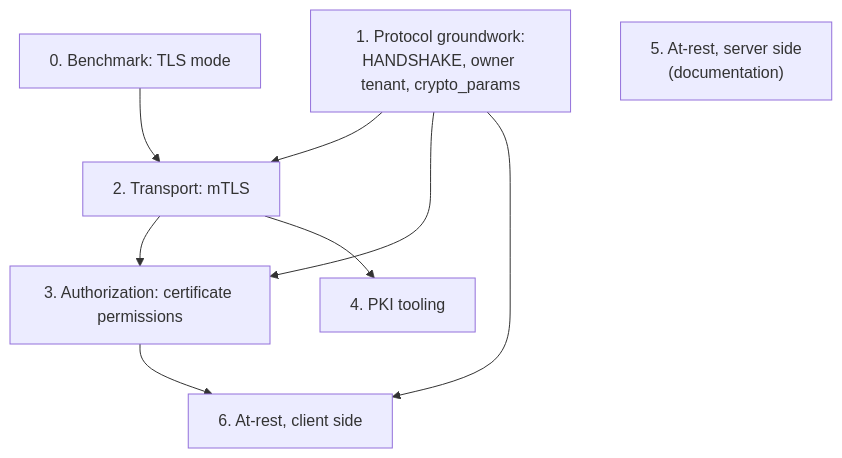
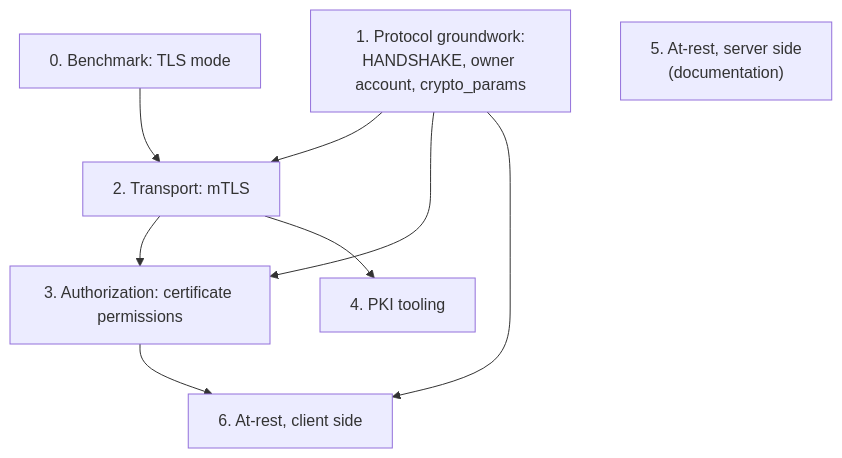
One commit to rawstor/librawstor changed the third of 3 diagrams in docs/security.md. Above: the diagram before and after it, drawn with Mermaid. The commit also changed other lines of this file and 98 other files, not shown here.

First line of the commit message:
ref: tenant is renamed to account

````diff
--- a/docs/security.md
+++ b/docs/security.md
@@ -737,11 +737,11 @@
 ```mermaid
 flowchart TD
     s0["0. Benchmark: TLS mode"] --> s2
-    s1["1. Protocol groundwork:<br/>HANDSHAKE, owner tenant, crypto_params"] --> s2["2. Transport: mTLS"]
+    s1["1. Protocol groundwork:<br/>HANDSHAKE, owner account, crypto_params"] --> s2["2. Transport: mTLS"]
     s1 --> s3
     s2 --> s3["3. Authorization: certificate permissions"]
     s2 --> s4["4. PKI tooling"]
     s1 --> s6
     s3 --> s6["6. At-rest, client side"]
     s5["5. At-rest, server side<br/>(documentation)"]
 ```
````
